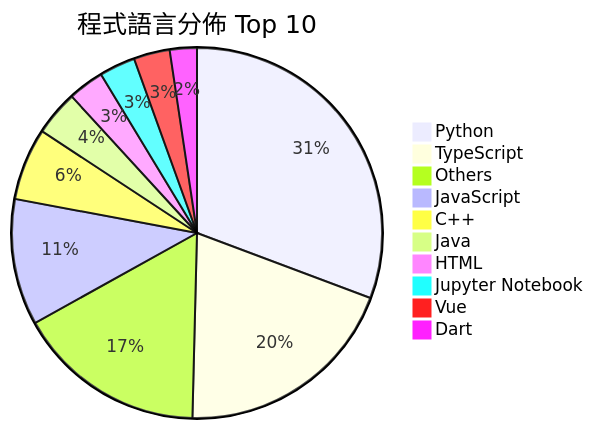
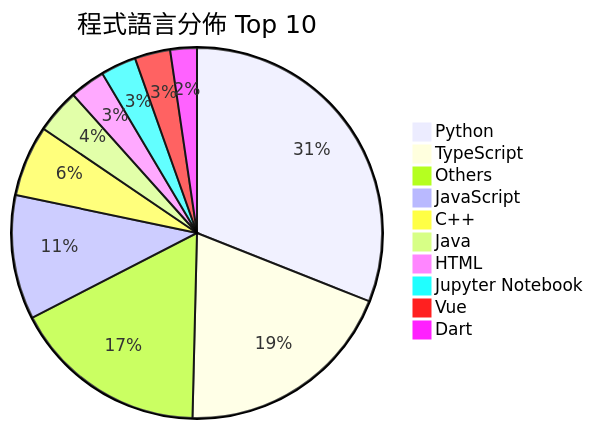
The second of 2 diagrams in README.md (Andy87877/GitHub-Star-Manager), drawn with Mermaid before and after one commit. The commit also changed other lines of this file and 3 other files, not shown here.

````diff
--- a/README.md
+++ b/README.md
@@ -27,13 +27,13 @@
 ```mermaid
 pie title 程式語言分佈 Top 10
-    "Python" : 39
+    "Python" : 40
     "TypeScript" : 25
-    "Others" : 21
+    "Others" : 22
     "JavaScript" : 14
     "C++" : 8
     "Java" : 5
     "HTML" : 4
     "Jupyter Notebook" : 4
     "Vue" : 4
     "Dart" : 3
 ```
````
